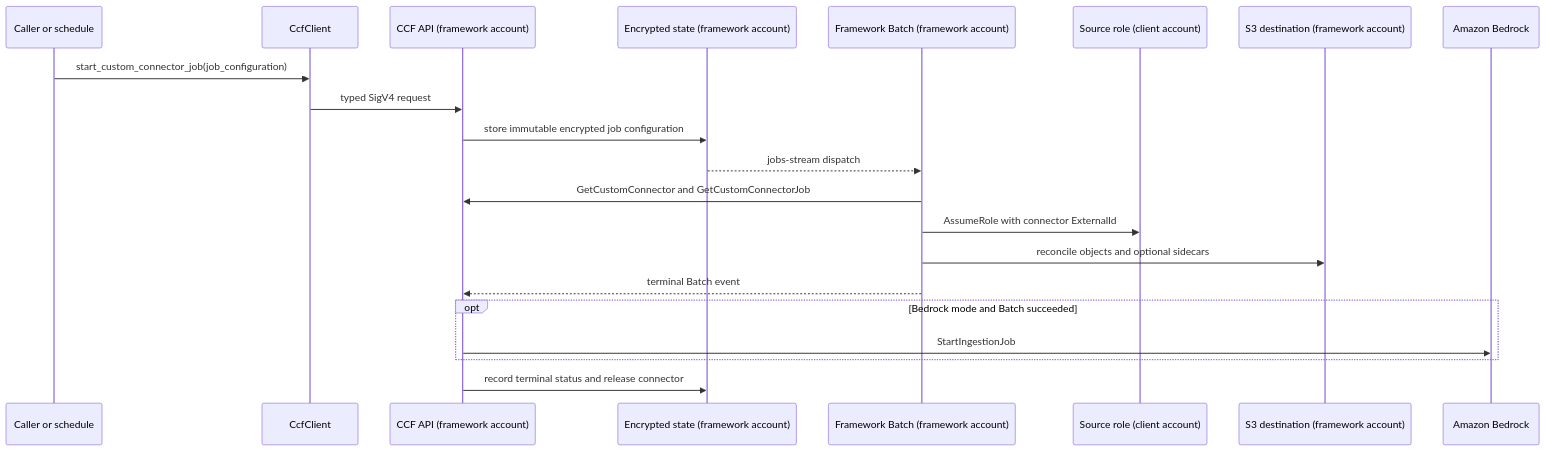
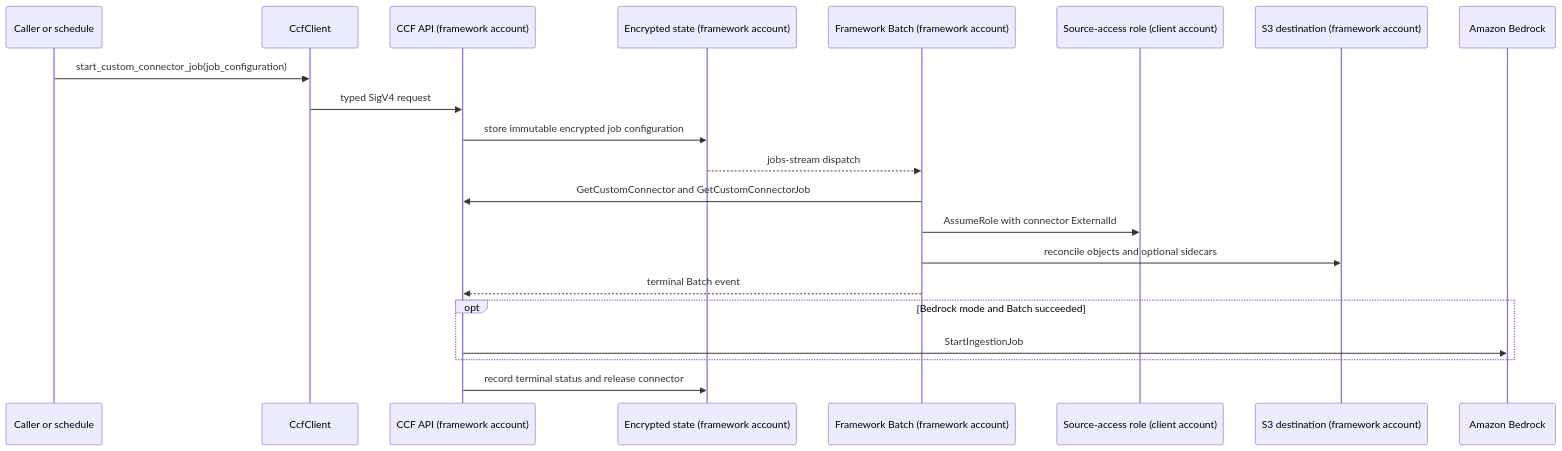
The first of 2 diagrams in README.md (aws-samples/sample-custom-connector-framework-for-knowledge-bases), drawn with Mermaid before and after one commit. The commit also changed other lines of this file, not shown here.

````diff
--- a/README.md
+++ b/README.md
@@ -151,24 +174,24 @@
 ```mermaid
 sequenceDiagram
   participant U as Caller or schedule
   participant C as CcfClient
   participant A as CCF API (framework account)
   participant S as Encrypted state (framework account)
   participant B as Framework Batch (framework account)
-  participant R as Source role (client account)
+  participant R as Source-access role (client account)
   participant D as S3 destination (framework account)
   participant K as Amazon Bedrock
 
   U->>C: start_custom_connector_job(job_configuration)
   C->>A: typed SigV4 request
   A->>S: store immutable encrypted job configuration
   S-->>B: jobs-stream dispatch
   B->>A: GetCustomConnector and GetCustomConnectorJob
   B->>R: AssumeRole with connector ExternalId
   B->>D: reconcile objects and optional sidecars
   B-->>A: terminal Batch event
   opt Bedrock mode and Batch succeeded
     A->>K: StartIngestionJob
   end
   A->>S: record terminal status and release connector
 ```
````
